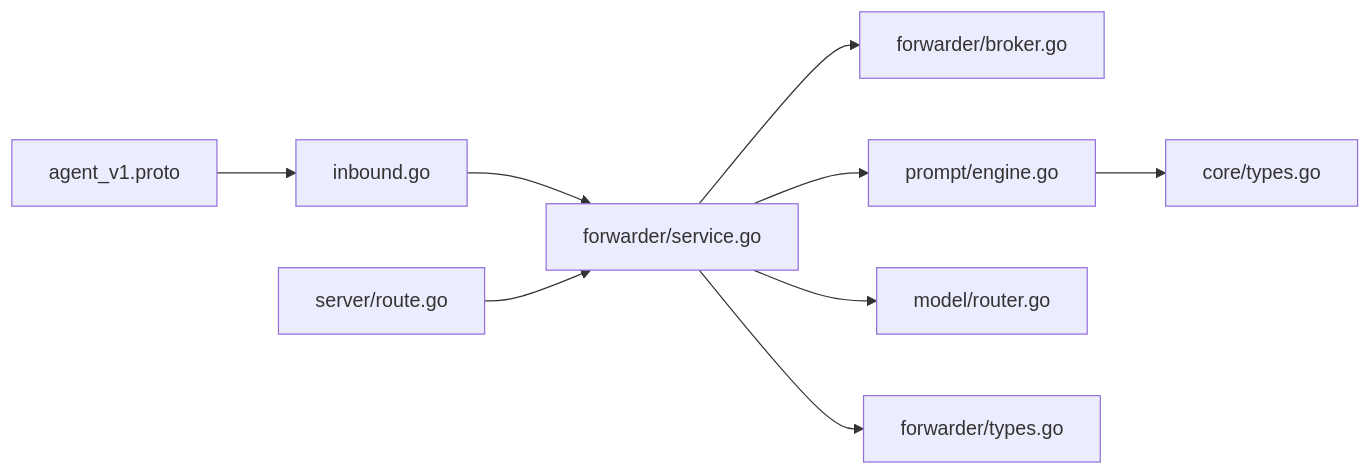
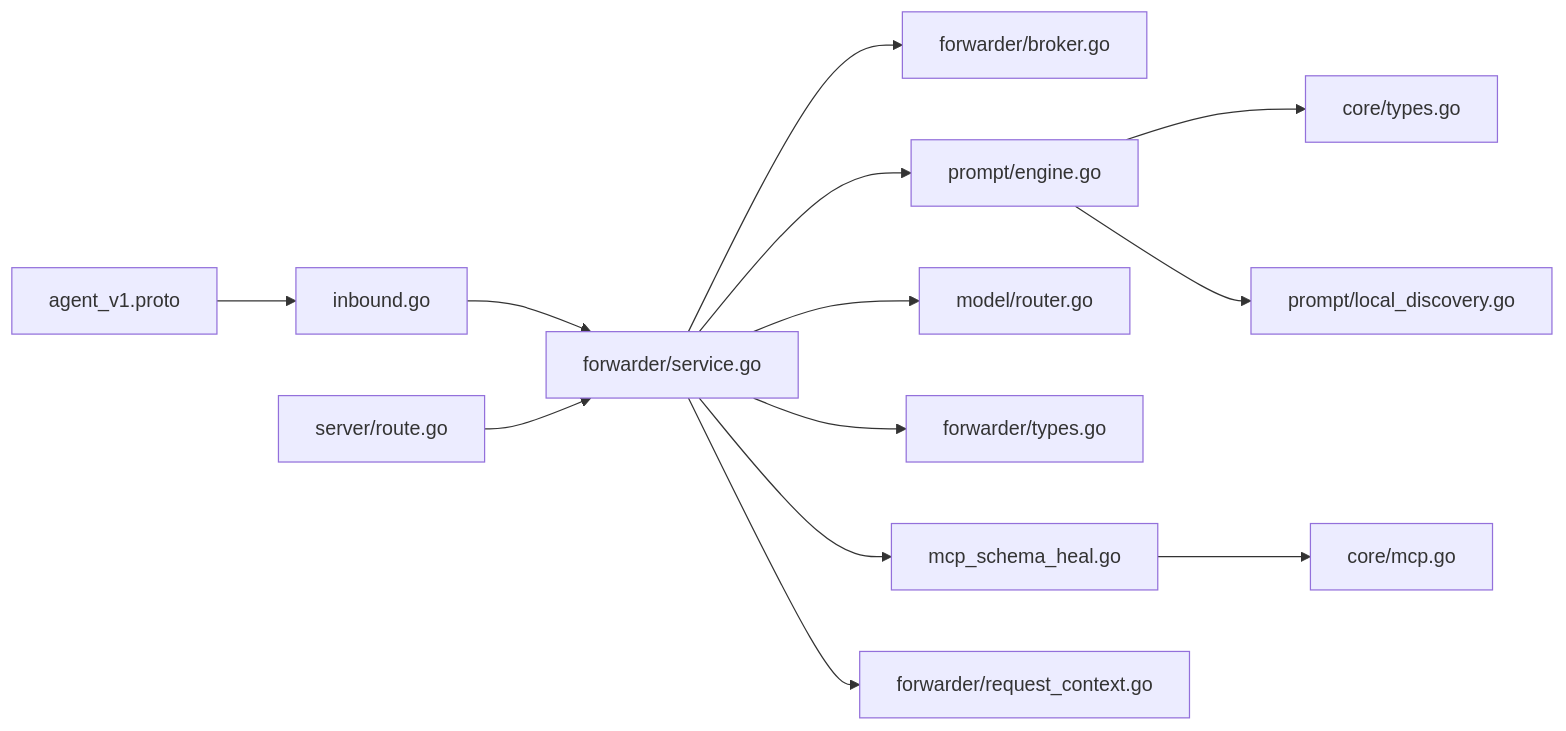
One commit to philau2512/cursor-byok-go-v2 changed the ninth of 9 diagrams in .qoder/repowiki/en/content/Agent Protocol Support/Agent Protocol Support.md. Above: the diagram before and after it, drawn with Mermaid. The commit also changed other lines of this file and 9 other files, not shown here.

First line of the commit message:
feat(mcp): enhance MCP schema discovery and error recovery

````diff
--- a/.qoder/repowiki/en/content/Agent Protocol Support/Agent Protocol Support.md
+++ b/.qoder/repowiki/en/content/Agent Protocol Support/Agent Protocol Support.md
@@ -453,11 +524,15 @@
 ```mermaid
 graph LR
 Proto["agent_v1.proto"] --> Inbound["inbound.go"]
 Inbound --> ForwarderService["forwarder/service.go"]
 ForwarderService --> Broker["forwarder/broker.go"]
 ForwarderService --> PromptEngine["prompt/engine.go"]
 ForwarderService --> ModelRouter["model/router.go"]
 PromptEngine --> CoreTypes["core/types.go"]
 ForwarderService --> ForwarderTypes["forwarder/types.go"]
 ServerRoute["server/route.go"] --> ForwarderService
+ForwarderService --> MCPSchemaHeal["mcp_schema_heal.go"]
+MCPSchemaHeal --> CoreMCP["core/mcp.go"]
+PromptEngine --> LocalDiscovery["prompt/local_discovery.go"]
+ForwarderService --> RequestContext["forwarder/request_context.go"]
 ```
````
